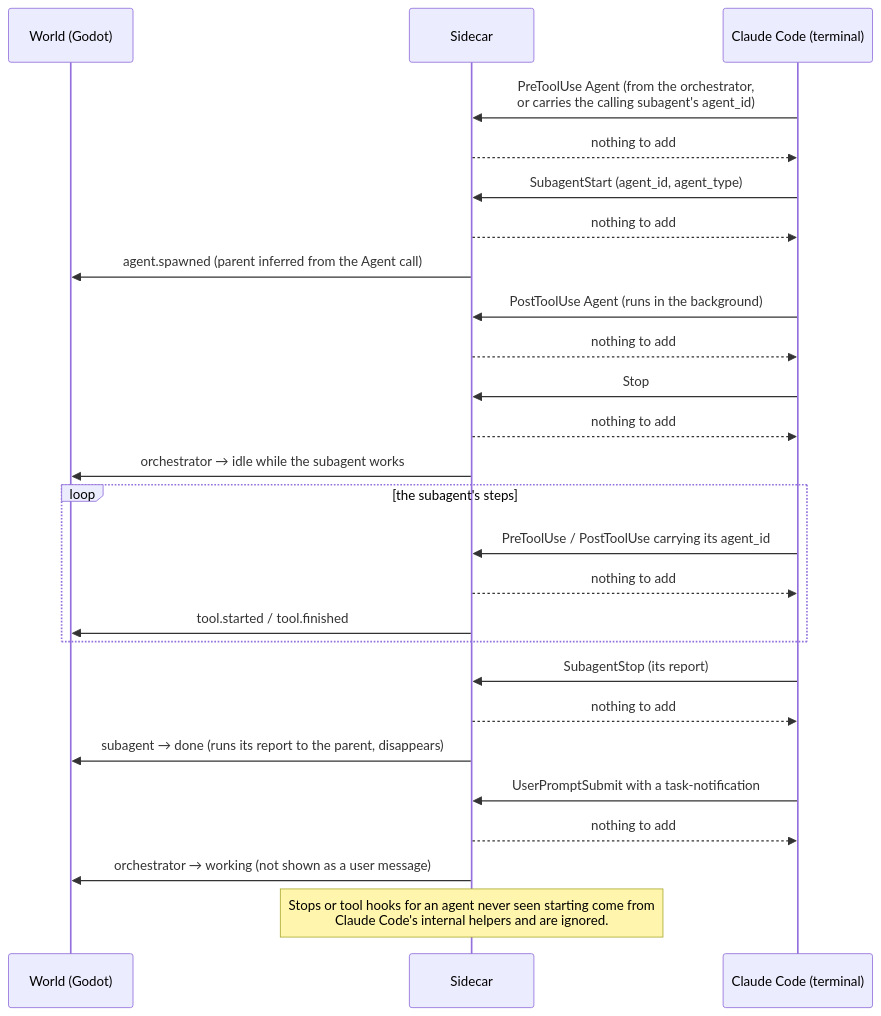
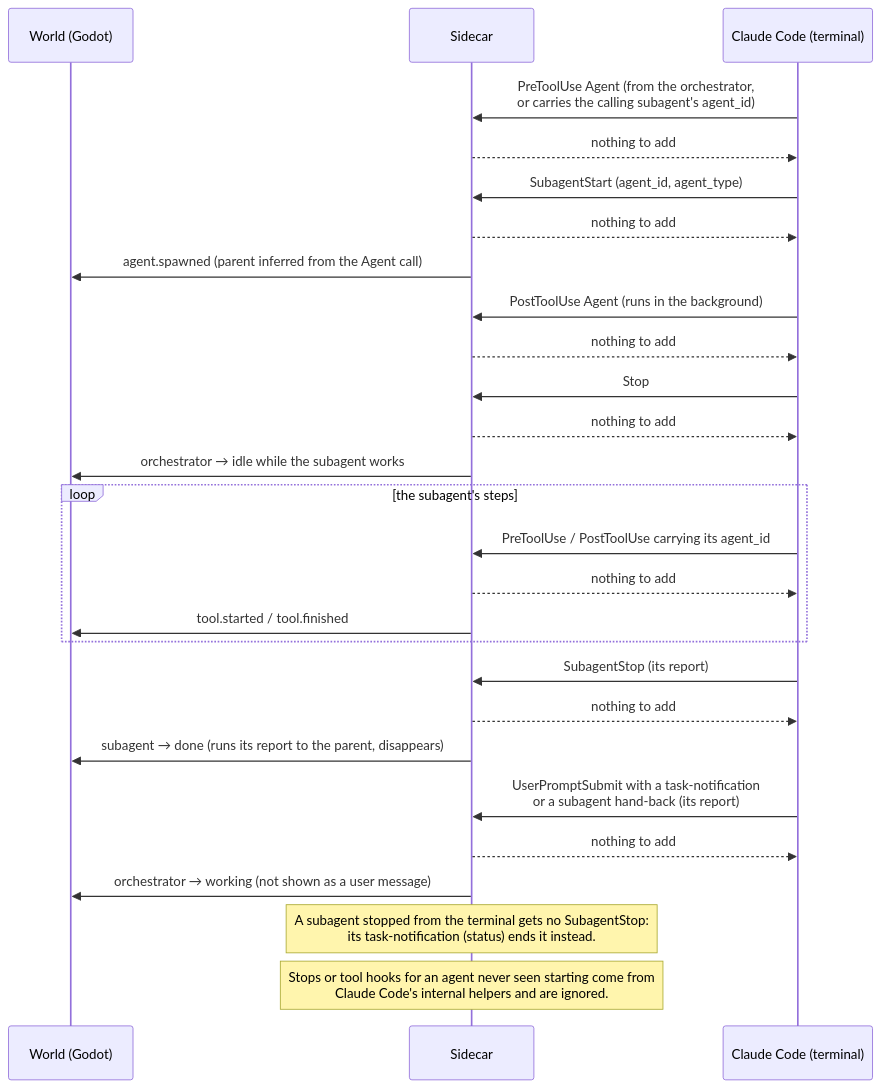
One commit to PaoloPortugal/The-Beach changed the sixth of 8 diagrams in docs/flows.md. Above: the diagram before and after it, drawn with Mermaid. The commit also changed other lines of this file and 6 other files, not shown here.

````diff
--- a/docs/flows.md
+++ b/docs/flows.md
@@ -221,29 +224,30 @@
 ```mermaid
 sequenceDiagram
     participant World as World (Godot)
     participant Sidecar
     participant Claude as Claude Code (terminal)
 
     Claude->>Sidecar: PreToolUse Agent (from the orchestrator,<br/>or carries the calling subagent's agent_id)
     Sidecar-->>Claude: nothing to add
     Claude->>Sidecar: SubagentStart (agent_id, agent_type)
     Sidecar-->>Claude: nothing to add
     Sidecar->>World: agent.spawned (parent inferred from the Agent call)
     Claude->>Sidecar: PostToolUse Agent (runs in the background)
     Sidecar-->>Claude: nothing to add
     Claude->>Sidecar: Stop
     Sidecar-->>Claude: nothing to add
     Sidecar->>World: orchestrator → idle while the subagent works
     loop the subagent's steps
         Claude->>Sidecar: PreToolUse / PostToolUse carrying its agent_id
         Sidecar-->>Claude: nothing to add
         Sidecar->>World: tool.started / tool.finished
     end
     Claude->>Sidecar: SubagentStop (its report)
     Sidecar-->>Claude: nothing to add
     Sidecar->>World: subagent → done (runs its report to the parent, disappears)
-    Claude->>Sidecar: UserPromptSubmit with a task-notification
+    Claude->>Sidecar: UserPromptSubmit with a task-notification<br/>or a subagent hand-back (its report)
     Sidecar-->>Claude: nothing to add
     Sidecar->>World: orchestrator → working (not shown as a user message)
+    Note over Sidecar: A subagent stopped from the terminal gets no SubagentStop:<br/>its task-notification (status) ends it instead.
     Note over Sidecar: Stops or tool hooks for an agent never seen starting come from<br/>Claude Code's internal helpers and are ignored.
 ```
````
